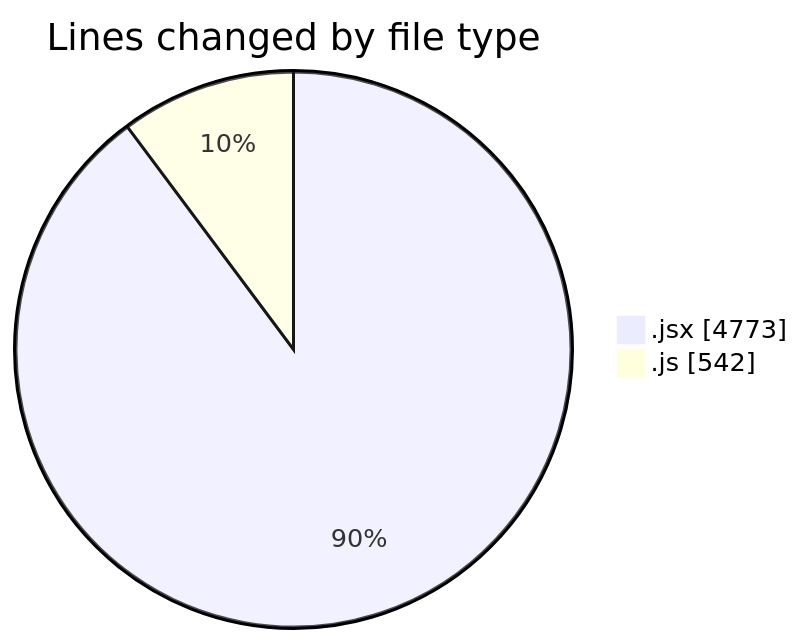
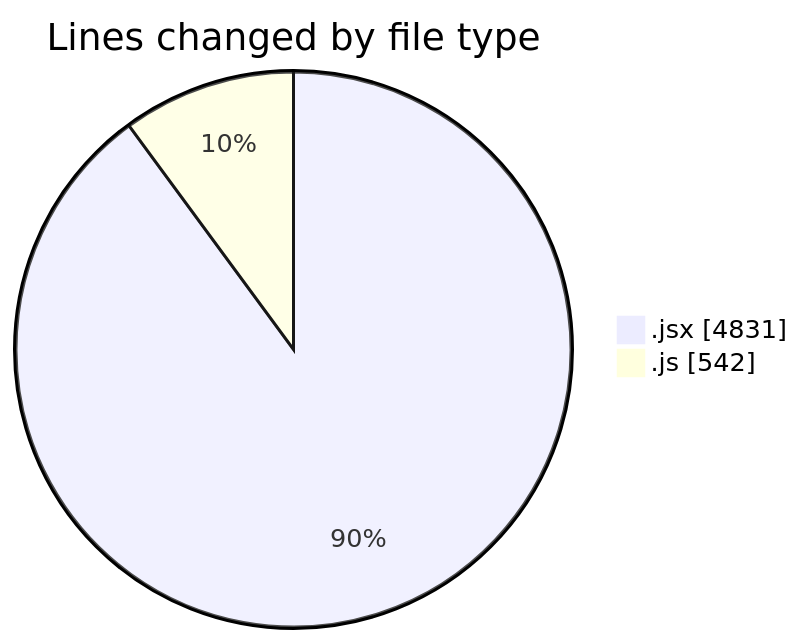
One commit to nxtqubesakshisongat/code-tracking changed the first of 2 diagrams in 2026-01-07/nxtqube_webapp/README.md. Above: the diagram before and after it, drawn with Mermaid. The commit also changed other lines of this file and 1 other file, not shown here.

````diff
--- a/2026-01-07/nxtqube_webapp/README.md
+++ b/2026-01-07/nxtqube_webapp/README.md
@@ -26,6 +26,6 @@
 ```mermaid
 pie showData
 title Lines changed by file type
-".jsx" : 4773
+".jsx" : 4831
 ".js" : 542
 ```
````
